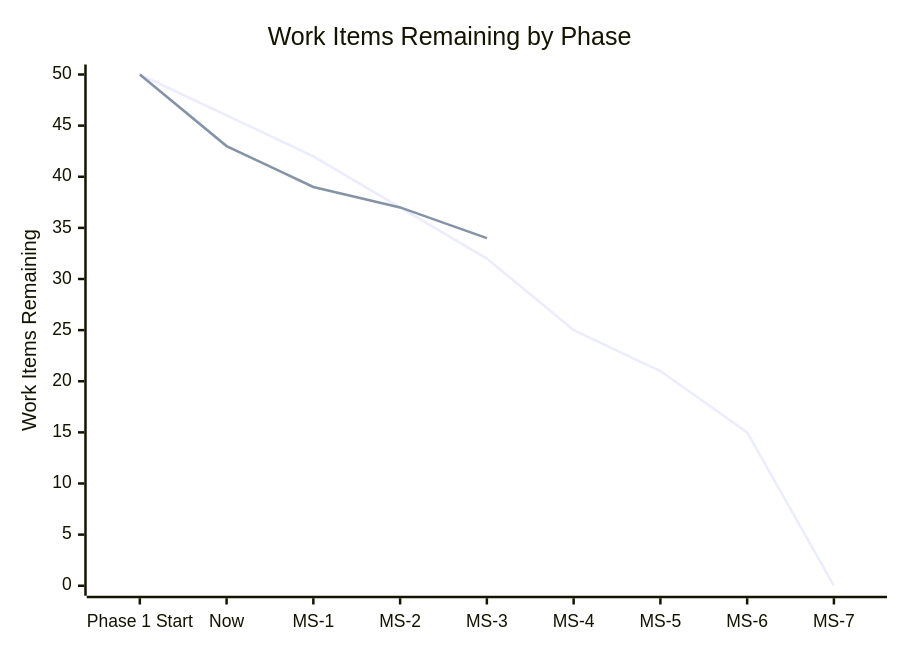
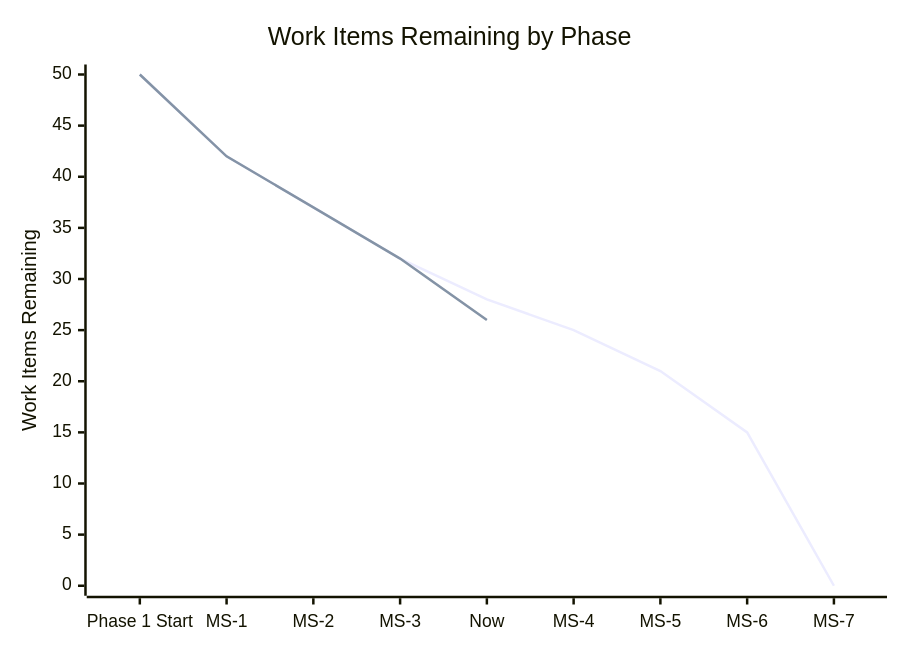
The fourth of 4 diagrams in docs/FORGE_PRODUCT_ROADMAP.md (policy-forge/forge), drawn with Mermaid before and after one commit. The commit also changed other lines of this file and 1 other file, not shown here.

First line of the commit message:
docs: update roadmaps with WI-17 through WI-24 completion status

````diff
--- a/docs/FORGE_PRODUCT_ROADMAP.md
+++ b/docs/FORGE_PRODUCT_ROADMAP.md
@@ -782,8 +796,8 @@
 ```mermaid
 xychart-beta
     title "Work Items Remaining by Phase"
-    x-axis ["Phase 1 Start", "Now", "MS-1", "MS-2", "MS-3", "MS-4", "MS-5", "MS-6", "MS-7"]
+    x-axis ["Phase 1 Start", "MS-1", "MS-2", "MS-3", "Now", "MS-4", "MS-5", "MS-6", "MS-7"]
     y-axis "Work Items Remaining" 0 --> 50
-    line "Planned" [50, 46, 42, 37, 32, 25, 21, 15, 0]
-    line "Actual" [50, 43, 39, 37, 34]
+    line "Planned" [50, 42, 37, 32, 28, 25, 21, 15, 0]
+    line "Actual" [50, 42, 37, 32, 26]
 ```
````
